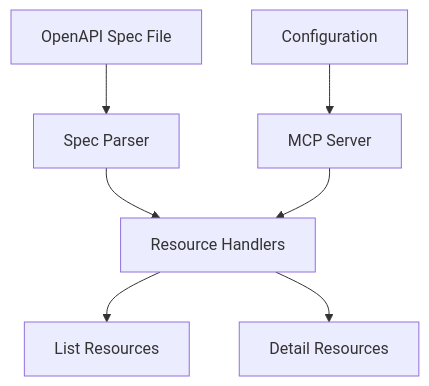
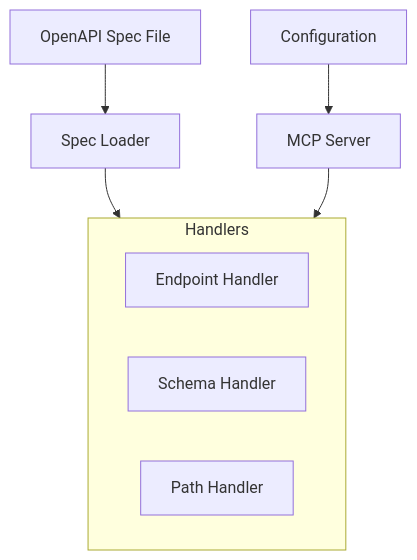
One commit to kadykov/mcp-openapi-schema-explorer changed the diagram in memory-bank/systemPatterns.md. Above: the diagram before and after it, drawn with Mermaid. The commit also changed other lines of this file and 5 other files, not shown here.

````diff
--- a/memory-bank/systemPatterns.md
+++ b/memory-bank/systemPatterns.md
@@ -5,9 +5,13 @@
 ```mermaid
 graph TD
     Config[Configuration] --> Server[MCP Server]
-    Spec[OpenAPI Spec File] --> Parser[Spec Parser]
-    Parser --> Resources[Resource Handlers]
-    Server --> Resources
-    Resources --> Lists[List Resources]
-    Resources --> Details[Detail Resources]
+    Spec[OpenAPI Spec File] --> SpecLoader[Spec Loader]
+    SpecLoader --> Handlers[Resource Handlers]
+    Server --> Handlers
+
+    subgraph Handlers
+        EndpointHandler[Endpoint Handler]
+        SchemaHandler[Schema Handler]
+        PathHandler[Path Handler]
+    end
 ```
````
